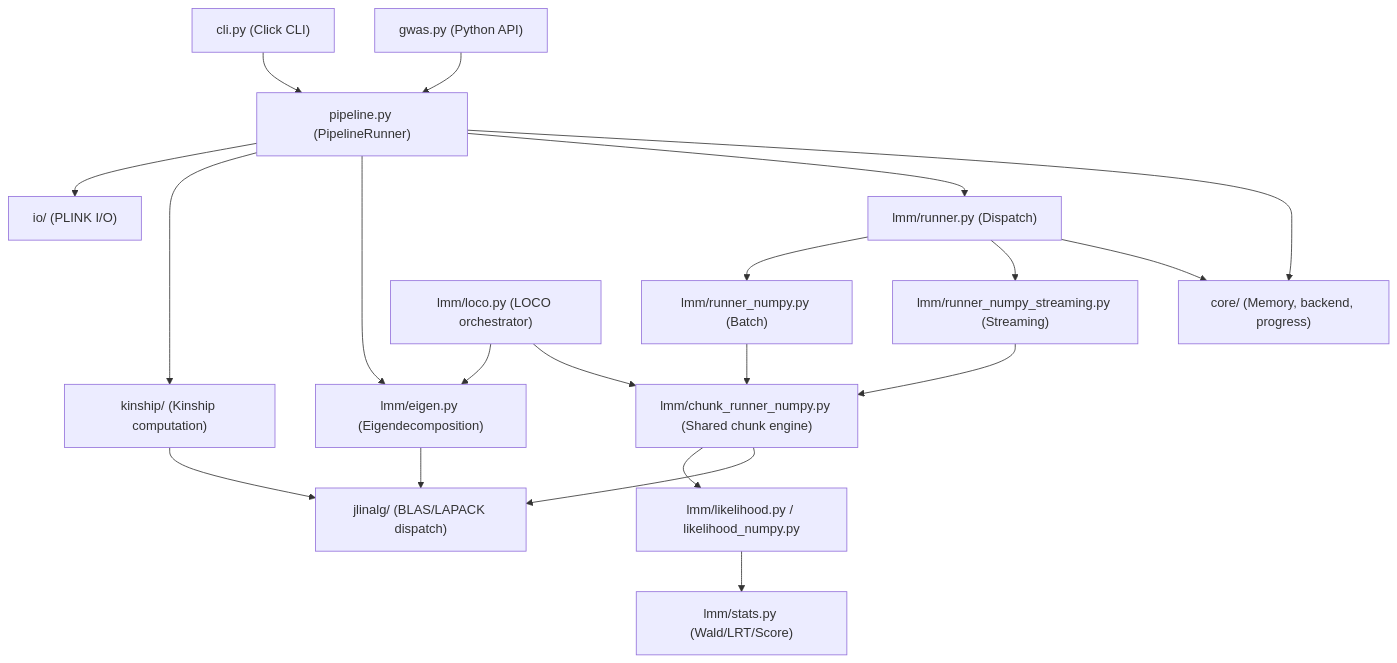
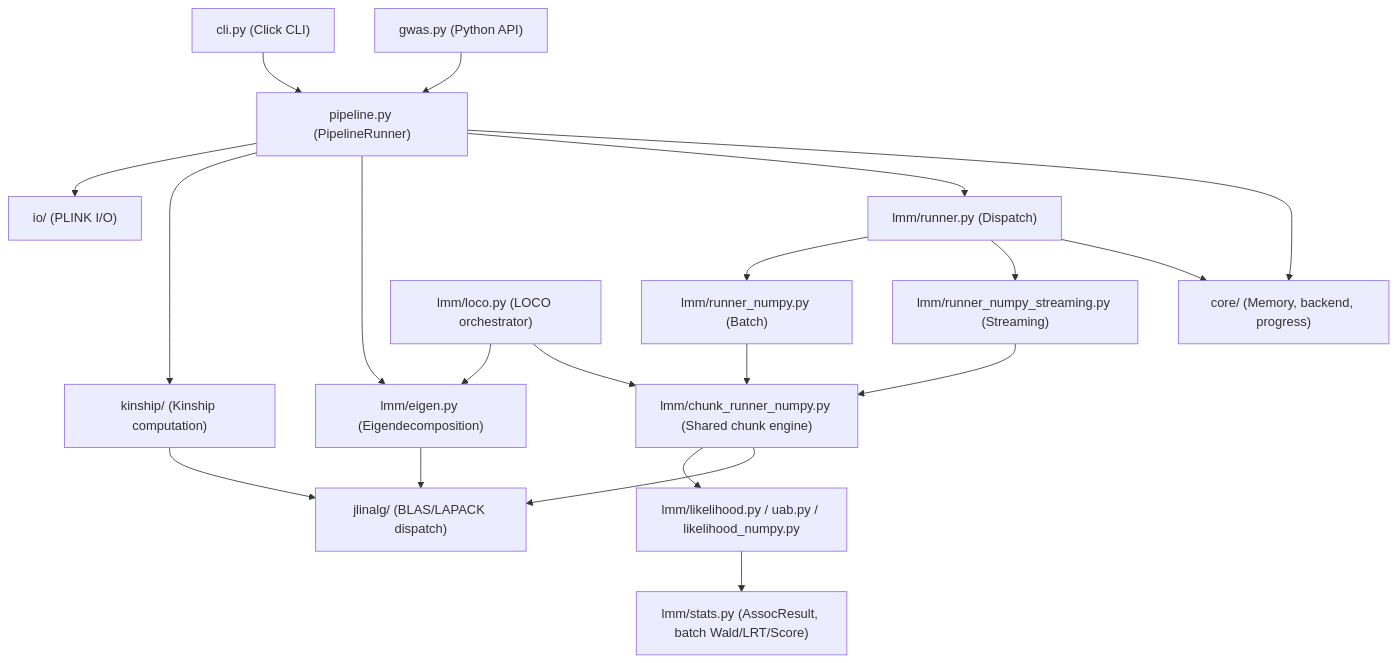
Before and after one commit to michael-denyer/jamma: the diagram in docs/ARCHITECTURE.md, drawn with Mermaid. The commit also changed other lines of this file and 41 other files, not shown here.

````diff
--- a/docs/ARCHITECTURE.md
+++ b/docs/ARCHITECTURE.md
@@ -9,38 +9,38 @@
 ```mermaid
 graph TD
     CLI["cli.py (Click CLI)"]
     API["gwas.py (Python API)"]
     Pipeline["pipeline.py (PipelineRunner)"]
     IO["io/ (PLINK I/O)"]
     Kinship["kinship/ (Kinship computation)"]
     Eigen["lmm/eigen.py (Eigendecomposition)"]
     Runner["lmm/runner.py (Dispatch)"]
     BatchRunner["lmm/runner_numpy.py (Batch)"]
     StreamRunner["lmm/runner_numpy_streaming.py (Streaming)"]
     ChunkRunner["lmm/chunk_runner_numpy.py (Shared chunk engine)"]
-    Likelihood["lmm/likelihood.py / likelihood_numpy.py"]
-    Stats["lmm/stats.py (Wald/LRT/Score)"]
+    Likelihood["lmm/likelihood.py / uab.py / likelihood_numpy.py"]
+    Stats["lmm/stats.py (AssocResult, batch Wald/LRT/Score)"]
     LOCO["lmm/loco.py (LOCO orchestrator)"]
     jlinalg["jlinalg/ (BLAS/LAPACK dispatch)"]
     Core["core/ (Memory, backend, progress)"]
 
     CLI --> Pipeline
     API --> Pipeline
     Pipeline --> IO
     Pipeline --> Kinship
     Pipeline --> Eigen
     Pipeline --> Runner
     Runner --> BatchRunner
     Runner --> StreamRunner
     BatchRunner --> ChunkRunner
     StreamRunner --> ChunkRunner
     ChunkRunner --> Likelihood
     Likelihood --> Stats
     LOCO --> Eigen
     LOCO --> ChunkRunner
     Kinship --> jlinalg
     Eigen --> jlinalg
     ChunkRunner --> jlinalg
     Pipeline --> Core
     Runner --> Core
 ```
````
